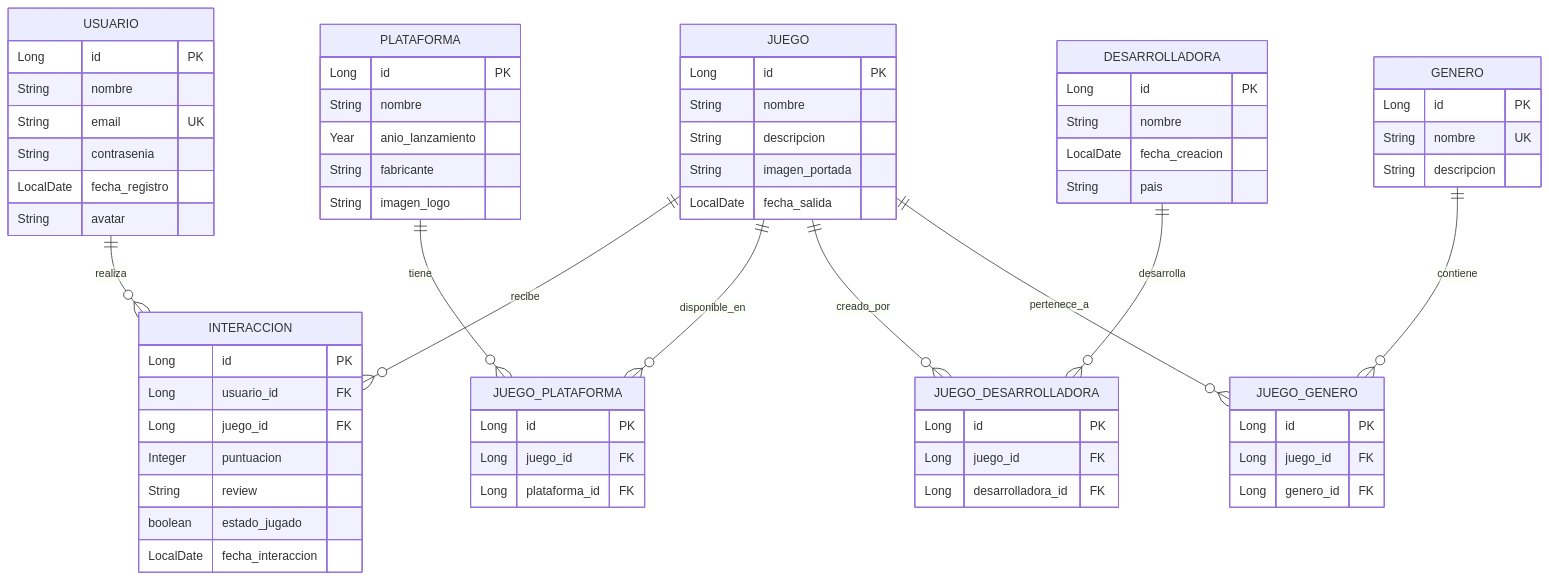
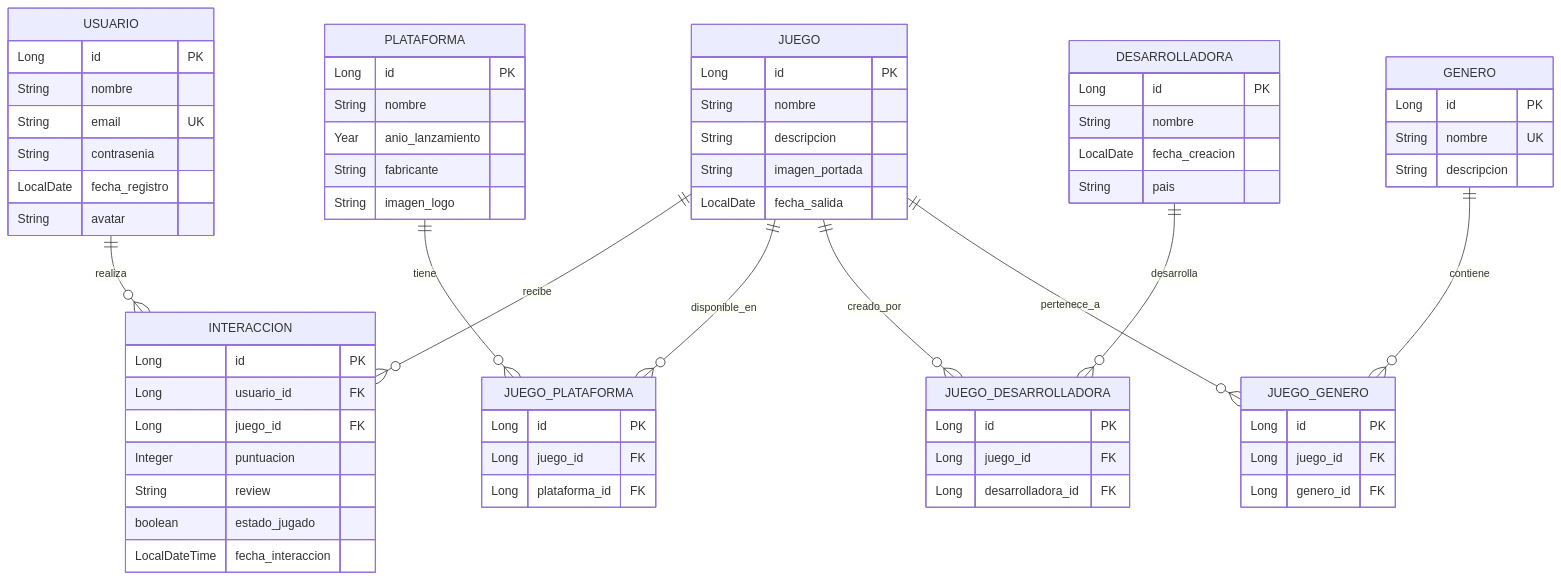
One commit to nolocardeno/ProyectoIndividual-Looking4Rate changed the diagram in docs/server/DOCUMENTACION_SERVIDOR.md. Above: the diagram before and after it, drawn with Mermaid. The commit also changed other lines of this file and 24 other files, not shown here.

````diff
--- a/docs/server/DOCUMENTACION_SERVIDOR.md
+++ b/docs/server/DOCUMENTACION_SERVIDOR.md
@@ -63,77 +63,77 @@
 ```mermaid
 erDiagram
     USUARIO ||--o{ INTERACCION : "realiza"
     JUEGO ||--o{ INTERACCION : "recibe"
     JUEGO ||--o{ JUEGO_PLATAFORMA : "disponible_en"
     PLATAFORMA ||--o{ JUEGO_PLATAFORMA : "tiene"
     JUEGO ||--o{ JUEGO_DESARROLLADORA : "creado_por"
     DESARROLLADORA ||--o{ JUEGO_DESARROLLADORA : "desarrolla"
     JUEGO ||--o{ JUEGO_GENERO : "pertenece_a"
     GENERO ||--o{ JUEGO_GENERO : "contiene"
 
     USUARIO {
         Long id PK
         String nombre
         String email UK
         String contrasenia
         LocalDate fecha_registro
         String avatar
     }
 
     JUEGO {
         Long id PK
         String nombre
         String descripcion
         String imagen_portada
         LocalDate fecha_salida
     }
 
     INTERACCION {
         Long id PK
         Long usuario_id FK
         Long juego_id FK
         Integer puntuacion
         String review
         boolean estado_jugado
-        LocalDate fecha_interaccion
+        LocalDateTime fecha_interaccion
     }
 
     PLATAFORMA {
         Long id PK
         String nombre
         Year anio_lanzamiento
         String fabricante
         String imagen_logo
     }
 
     DESARROLLADORA {
         Long id PK
         String nombre
         LocalDate fecha_creacion
         String pais
     }
 
     GENERO {
         Long id PK
         String nombre UK
         String descripcion
     }
 
     JUEGO_PLATAFORMA {
         Long id PK
         Long juego_id FK
         Long plataforma_id FK
     }
 
     JUEGO_DESARROLLADORA {
         Long id PK
         Long juego_id FK
         Long desarrolladora_id FK
     }
 
     JUEGO_GENERO {
         Long id PK
         Long juego_id FK
         Long genero_id FK
     }
 ```
````
